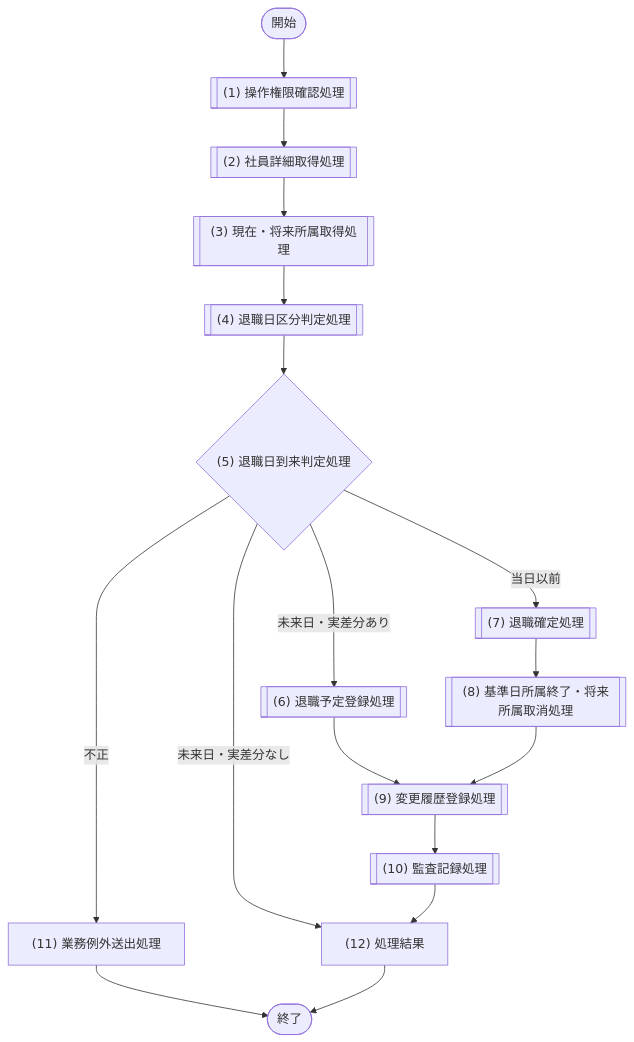
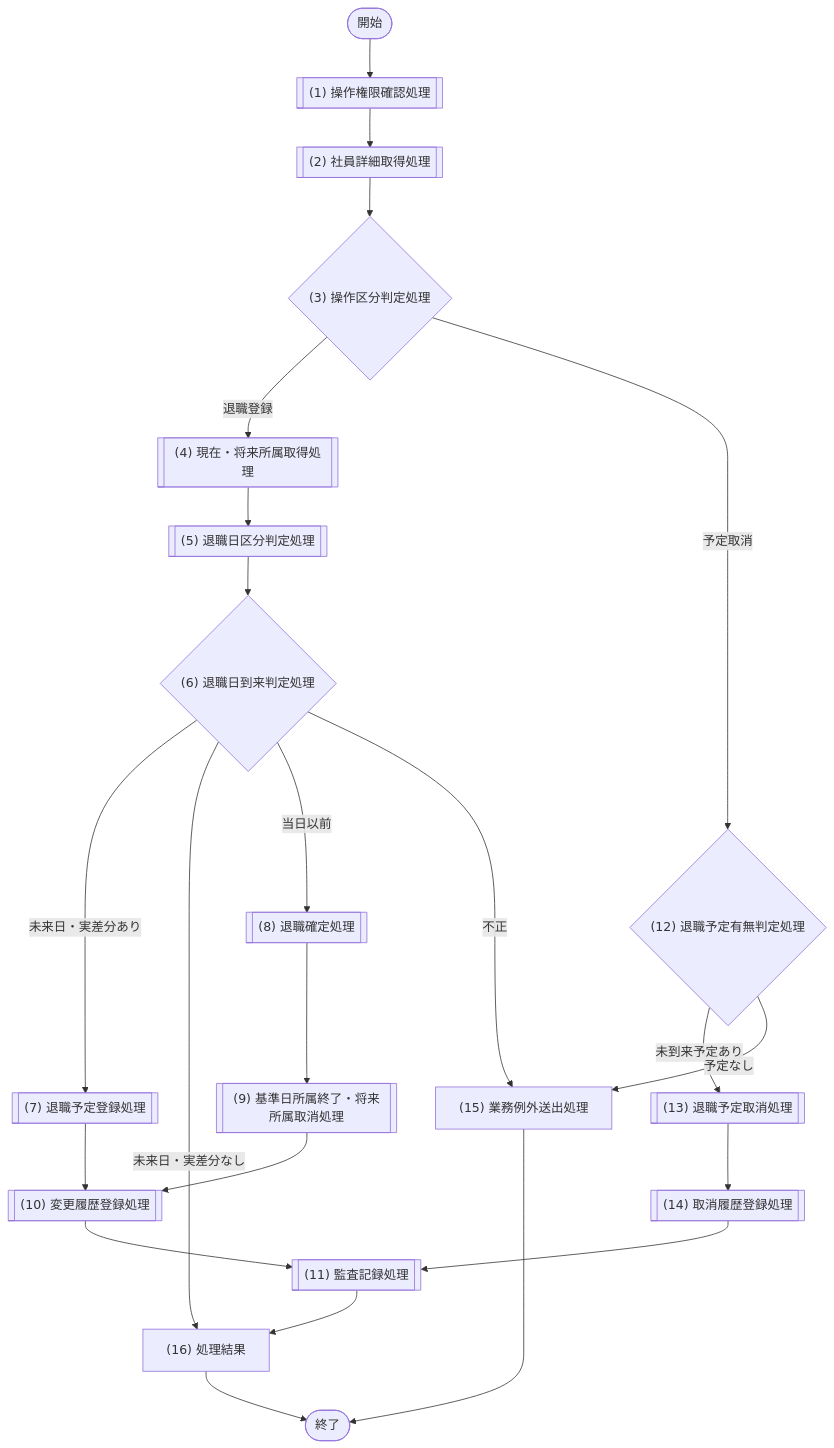
One commit to sikakou54/system-document-template changed the eighth of 24 diagrams in 社員名簿管理システム/07_モジュール設計.md. Above: the diagram before and after it, drawn with Mermaid. The commit also changed other lines of this file and 21 other files, not shown here.

````diff
--- a/社員名簿管理システム/07_モジュール設計.md
+++ b/社員名簿管理システム/07_モジュール設計.md
@@ -408,10 +423,14 @@
 ```mermaid
 flowchart TD
-  Start([開始]) --> P1[["(1) 操作権限確認処理"]] --> P2[["(2) 社員詳細取得処理"]] --> P3[["(3) 現在・将来所属取得処理"]] --> P4[["(4) 退職日区分判定処理"]] --> D1{"(5) 退職日到来判定処理"}
-  D1 -- 未来日・実差分あり --> P5[["(6) 退職予定登録処理"]]
-  D1 -- 未来日・実差分なし --> P10["(12) 処理結果"]
-  D1 -- 当日以前 --> P6[["(7) 退職確定処理"]] --> P7[["(8) 基準日所属終了・将来所属取消処理"]]
-  D1 -- 不正 --> E1["(11) 業務例外送出処理"] --> End
-  P5 --> P8[["(9) 変更履歴登録処理"]]
-  P7 --> P8 --> P9[["(10) 監査記録処理"]] --> P10["(12) 処理結果"] --> End([終了])
+  Start([開始]) --> P1[["(1) 操作権限確認処理"]] --> P2[["(2) 社員詳細取得処理"]] --> D0{"(3) 操作区分判定処理"}
+  D0 -- 退職登録 --> P3[["(4) 現在・将来所属取得処理"]] --> P4[["(5) 退職日区分判定処理"]] --> D1{"(6) 退職日到来判定処理"}
+  D1 -- 未来日・実差分あり --> P5[["(7) 退職予定登録処理"]]
+  D1 -- 未来日・実差分なし --> P10["(16) 処理結果"]
+  D1 -- 当日以前 --> P6[["(8) 退職確定処理"]] --> P7[["(9) 基準日所属終了・将来所属取消処理"]]
+  D1 -- 不正 --> E1["(15) 業務例外送出処理"] --> End
+  P5 --> P8[["(10) 変更履歴登録処理"]]
+  P7 --> P8 --> P9[["(11) 監査記録処理"]] --> P10["(16) 処理結果"] --> End([終了])
+  D0 -- 予定取消 --> D2{"(12) 退職予定有無判定処理"}
+  D2 -- 未到来予定あり --> P11[["(13) 退職予定取消処理"]] --> P12[["(14) 取消履歴登録処理"]] --> P9
+  D2 -- 予定なし --> E1
 ```
````
